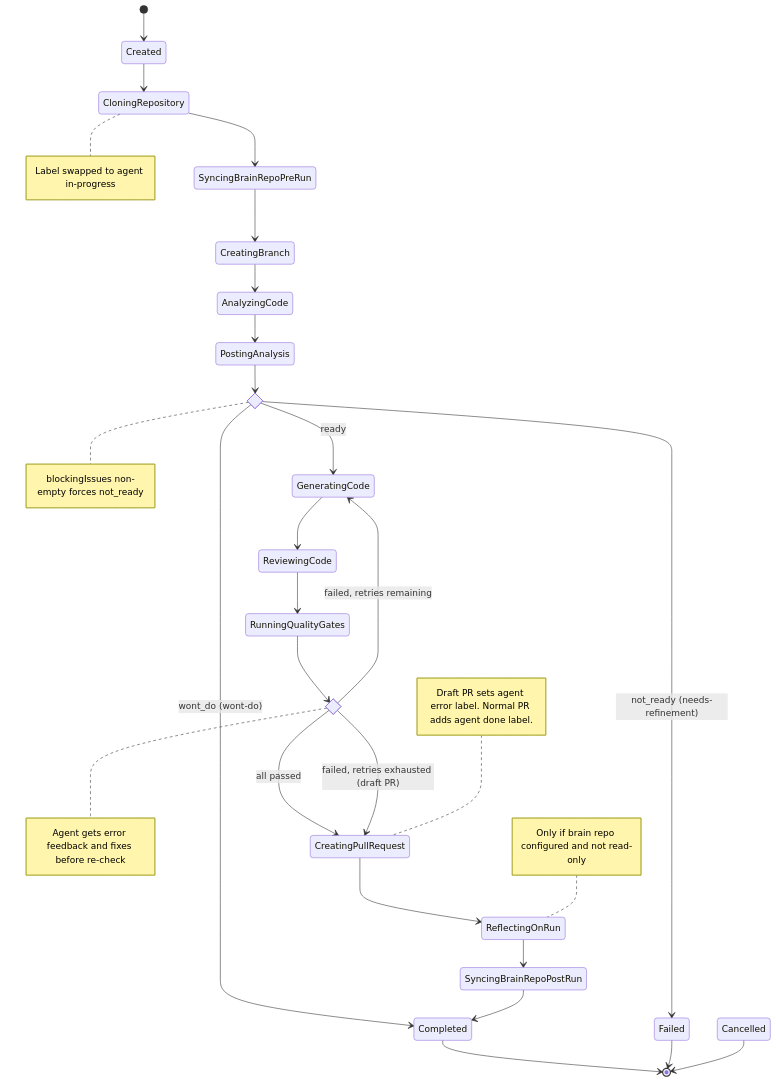
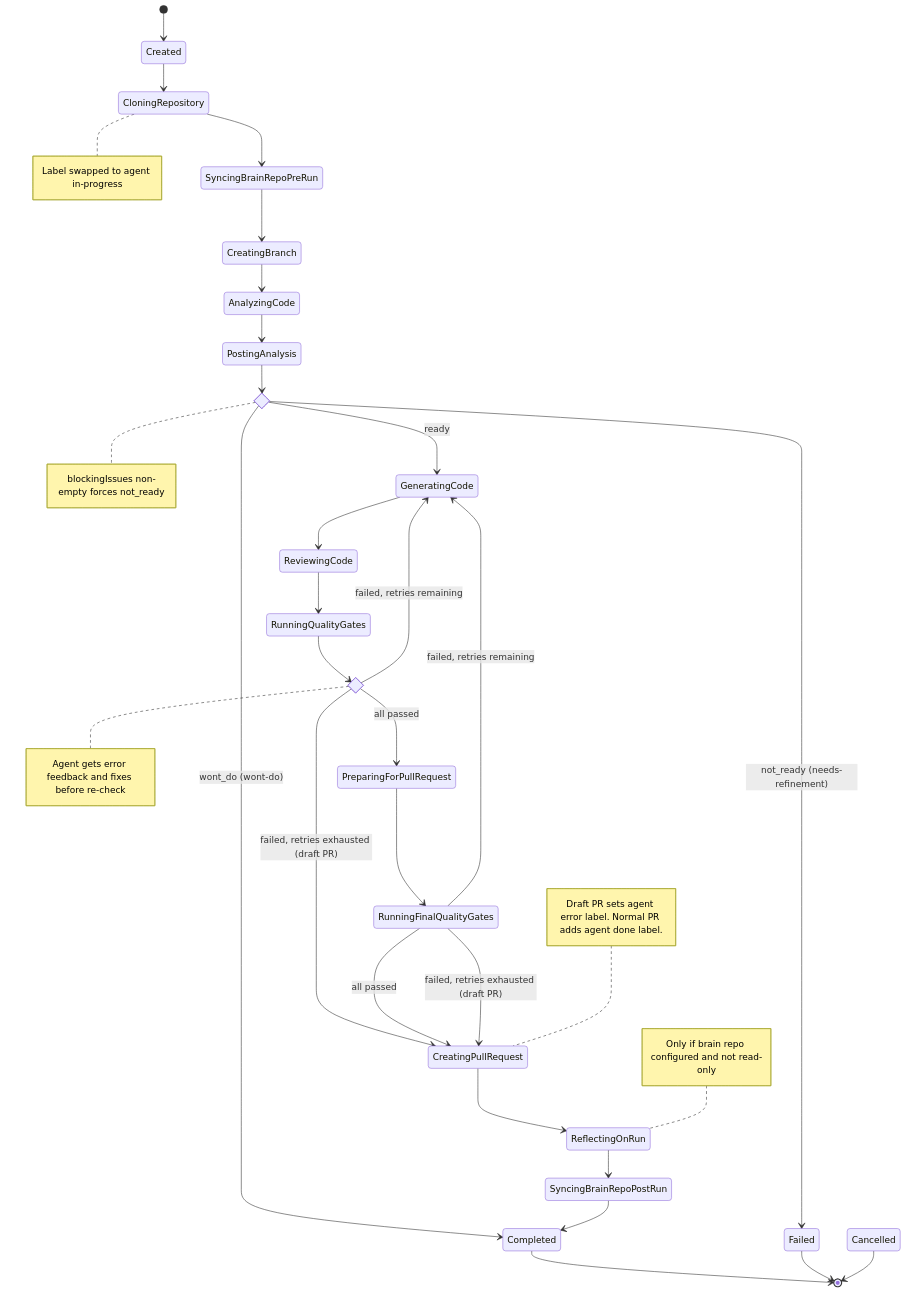
One commit to Chemsorly/coding-agent-automation changed the first of 4 diagrams in README.md. Above: the diagram before and after it, drawn with Mermaid. The commit also changed other lines of this file and 10 other files, not shown here.

First line of the commit message:
feat: [ARC-07] PrepareForPullRequest step with final quality gate (#62)

````diff
--- a/README.md
+++ b/README.md
@@ -162,50 +162,56 @@
 ```mermaid
 stateDiagram-v2
     direction TB
 
     [*] --> Created
     Created --> CloningRepository
     CloningRepository --> SyncingBrainRepoPreRun
     SyncingBrainRepoPreRun --> CreatingBranch
     CreatingBranch --> AnalyzingCode
     AnalyzingCode --> PostingAnalysis
 
     state ConfidenceGate <<choice>>
     PostingAnalysis --> ConfidenceGate
     ConfidenceGate --> GeneratingCode : ready
     ConfidenceGate --> Failed : not_ready (needs-refinement)
     ConfidenceGate --> Completed : wont_do (wont-do)
 
     GeneratingCode --> ReviewingCode
     ReviewingCode --> RunningQualityGates
 
     state QualityGateDecision <<choice>>
     RunningQualityGates --> QualityGateDecision
-    QualityGateDecision --> CreatingPullRequest : all passed
+    QualityGateDecision --> PreparingForPullRequest : all passed
     QualityGateDecision --> GeneratingCode : failed, retries remaining
     QualityGateDecision --> CreatingPullRequest : failed, retries exhausted (draft PR)
+
+    PreparingForPullRequest --> RunningFinalQualityGates
+    state RunningFinalQualityGates <<choice>>
+    RunningFinalQualityGates --> CreatingPullRequest : all passed
+    RunningFinalQualityGates --> GeneratingCode : failed, retries remaining
+    RunningFinalQualityGates --> CreatingPullRequest : failed, retries exhausted (draft PR)
 
     CreatingPullRequest --> ReflectingOnRun
     ReflectingOnRun --> SyncingBrainRepoPostRun
     SyncingBrainRepoPostRun --> Completed
 
     Completed --> [*]
     Failed --> [*]
     Cancelled --> [*]
 
     note right of CloningRepository
         Label swapped to agent in-progress
     end note
     note right of ConfidenceGate
         blockingIssues non-empty forces not_ready
     end note
     note right of QualityGateDecision
         Agent gets error feedback and fixes before re-check
     end note
     note left of CreatingPullRequest
         Draft PR sets agent error label. Normal PR adds agent done label.
     end note
     note left of ReflectingOnRun
         Only if brain repo configured and not read-only
     end note
 ```
````
